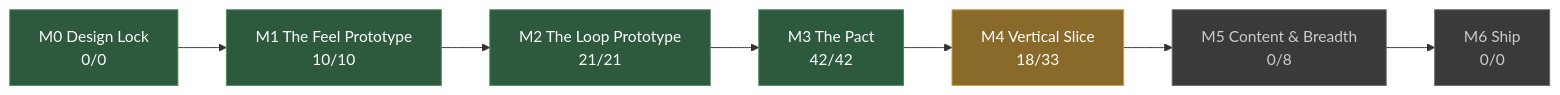
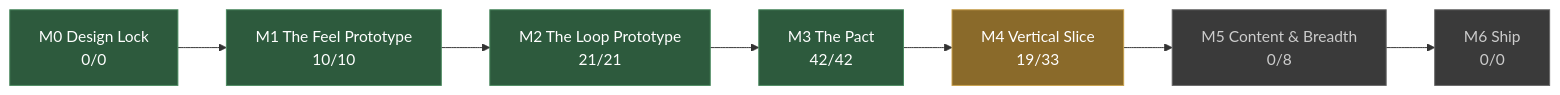
Before and after one commit to JoshuaGessner/she: the diagram in docs/STATUS.md, drawn with Mermaid. The commit also changed other lines of this file and 18 other files, not shown here.

````diff
--- a/docs/STATUS.md
+++ b/docs/STATUS.md
@@ -13,19 +13,19 @@
 ```mermaid
 flowchart LR
   M0["M0 Design Lock<br/>0/0"]:::passed
   M1["M1 The Feel Prototype<br/>10/10"]:::passed
   M0 --> M1
   M2["M2 The Loop Prototype<br/>21/21"]:::passed
   M1 --> M2
   M3["M3 The Pact<br/>42/42"]:::passed
   M2 --> M3
-  M4["M4 Vertical Slice<br/>18/33"]:::current
+  M4["M4 Vertical Slice<br/>19/33"]:::current
   M3 --> M4
   M5["M5 Content & Breadth<br/>0/8"]:::ahead
   M4 --> M5
   M6["M6 Ship<br/>0/0"]:::ahead
   M5 --> M6
   classDef passed fill:#2d5a3d,stroke:#4a8a5f,color:#fff
   classDef current fill:#8a6a2a,stroke:#c8a04a,color:#fff
   classDef ahead fill:#3a3a3a,stroke:#666,color:#ccc
 ```
````
